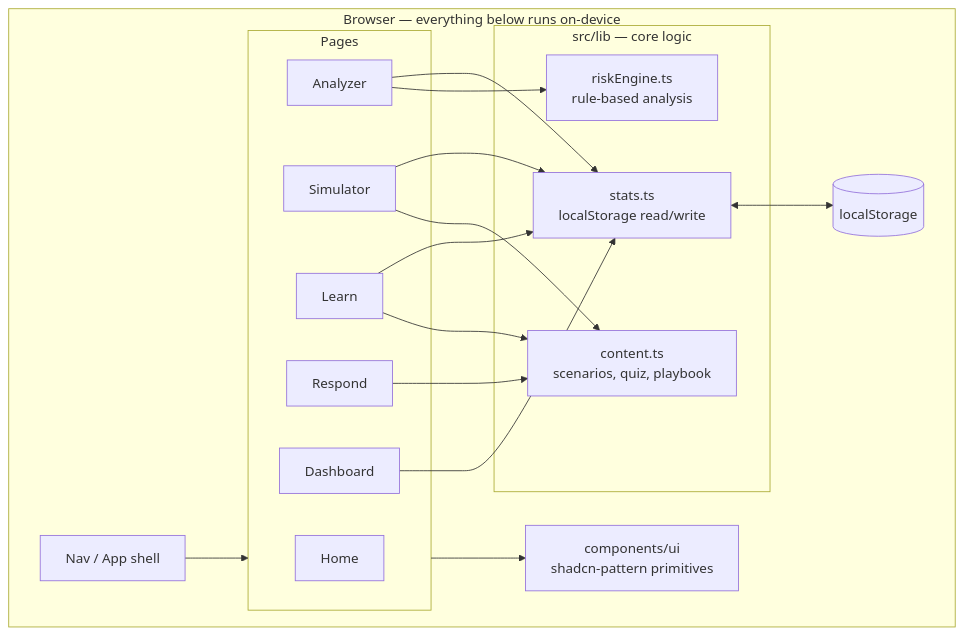
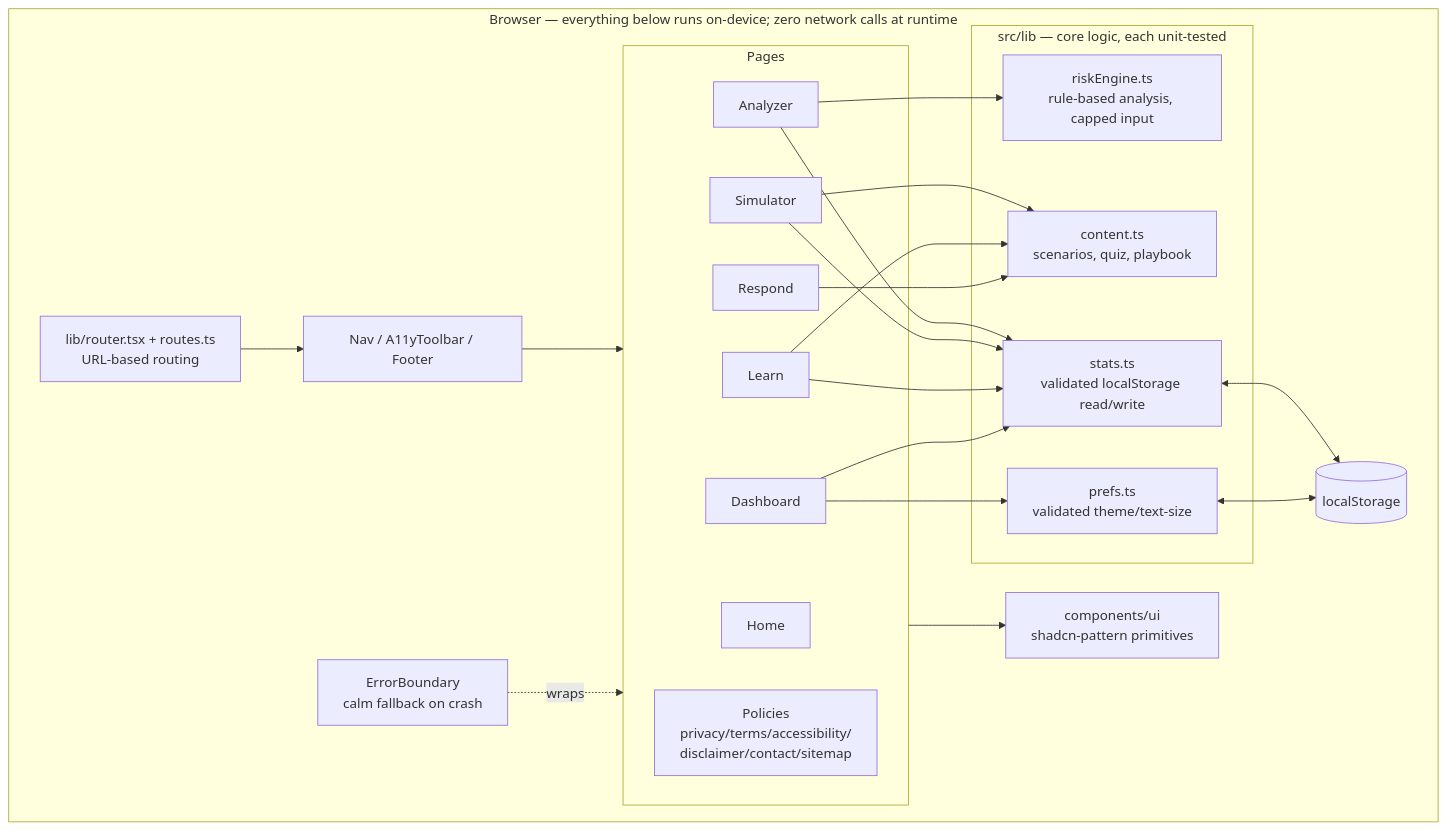
Before and after one commit to arch-vivek/AegisX: the second of 3 diagrams in docs/ARCHITECTURE.md, drawn with Mermaid. The commit also changed other lines of this file and 75 other files, not shown here.

````diff
--- a/docs/ARCHITECTURE.md
+++ b/docs/ARCHITECTURE.md
@@ -26,33 +26,40 @@
 ```mermaid
 flowchart TB
-    subgraph Browser["Browser — everything below runs on-device"]
-        NAV[Nav / App shell]
+    subgraph Browser["Browser — everything below runs on-device; zero network calls at runtime"]
+        ROUTER[lib/router.tsx + routes.ts\nURL-based routing]
+        NAV[Nav / A11yToolbar / Footer]
         subgraph Pages
             HOME[Home]
             ANALYZE[Analyzer]
             SIM[Simulator]
             LEARN[Learn]
             RESPOND[Respond]
             DASH[Dashboard]
+            POLICY[Policies\nprivacy/terms/accessibility/\ndisclaimer/contact/sitemap]
         end
-        subgraph Lib["src/lib — core logic"]
-            ENGINE[riskEngine.ts\nrule-based analysis]
+        subgraph Lib["src/lib — core logic, each unit-tested"]
+            ENGINE[riskEngine.ts\nrule-based analysis, capped input]
             CONTENT[content.ts\nscenarios, quiz, playbook]
-            STATS[stats.ts\nlocalStorage read/write]
+            STATS[stats.ts\nvalidated localStorage read/write]
+            PREFS[prefs.ts\nvalidated theme/text-size]
         end
         UI[components/ui\nshadcn-pattern primitives]
+        EB[ErrorBoundary\ncalm fallback on crash]
         LS[(localStorage)]
     end
 
-    NAV --> Pages
+    ROUTER --> NAV --> Pages
     ANALYZE --> ENGINE
     SIM --> CONTENT
     LEARN --> CONTENT
     RESPOND --> CONTENT
     ANALYZE --> STATS
     SIM --> STATS
     LEARN --> STATS
     DASH --> STATS
+    DASH --> PREFS
     STATS <--> LS
+    PREFS <--> LS
     Pages --> UI
+    EB -.wraps.-> Pages
 ```
````
